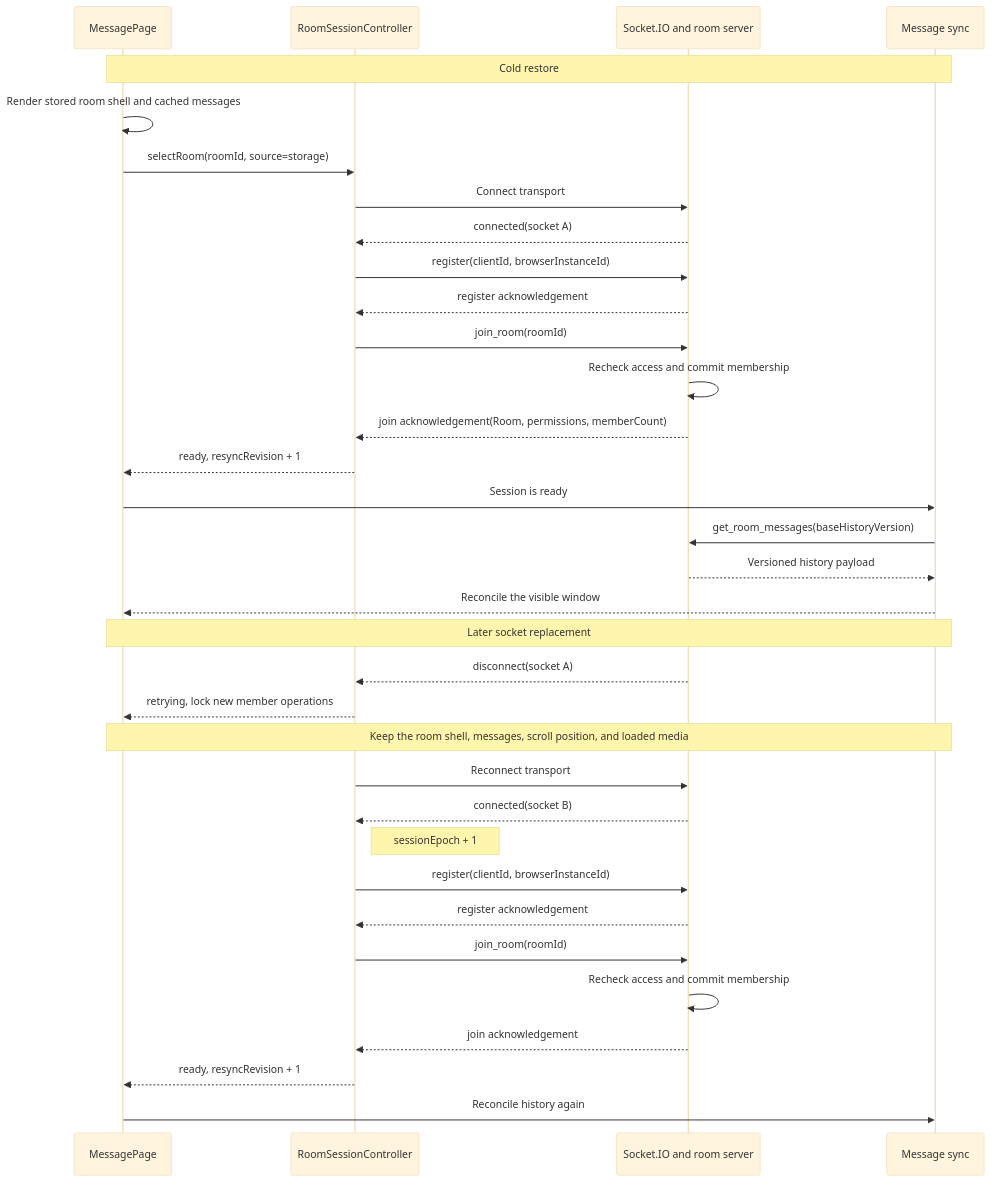
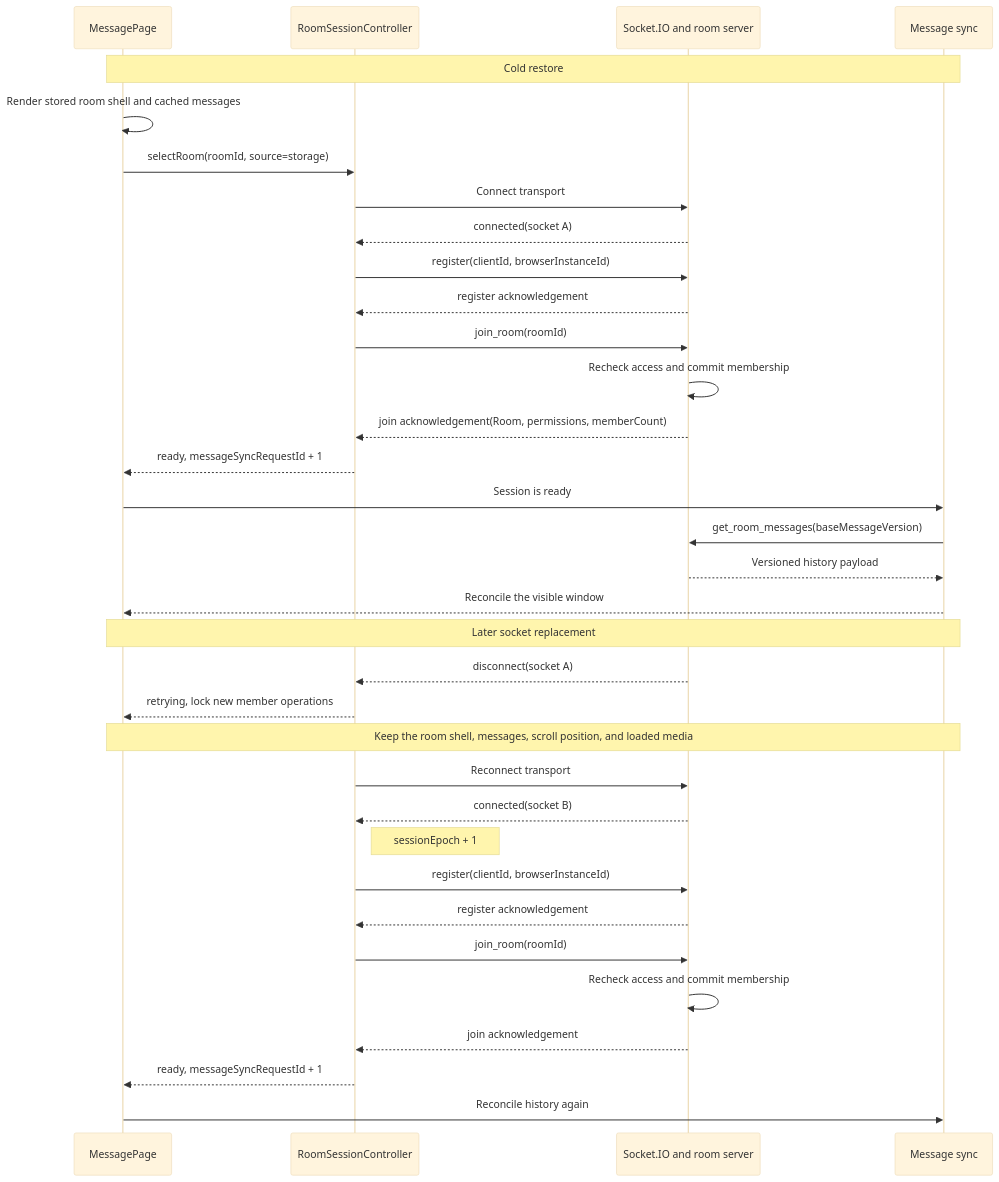
Before and after one commit to Skymore/roomtalk: the diagram in docs/room-reliability-architecture.md, drawn with Mermaid (base theme). The commit also changed other lines of this file and 26 other files, not shown here.

````diff
--- a/docs/room-reliability-architecture.md
+++ b/docs/room-reliability-architecture.md
@@ -97,38 +97,38 @@
 ```mermaid
 sequenceDiagram
     participant Page as MessagePage
     participant Session as RoomSessionController
     participant Server as Socket.IO and room server
     participant Messages as Message sync
 
     Note over Page,Messages: Cold restore
     Page->>Page: Render stored room shell and cached messages
     Page->>Session: selectRoom(roomId, source=storage)
     Session->>Server: Connect transport
     Server-->>Session: connected(socket A)
     Session->>Server: register(clientId, browserInstanceId)
     Server-->>Session: register acknowledgement
     Session->>Server: join_room(roomId)
     Server->>Server: Recheck access and commit membership
     Server-->>Session: join acknowledgement(Room, permissions, memberCount)
-    Session-->>Page: ready, resyncRevision + 1
+    Session-->>Page: ready, messageSyncRequestId + 1
     Page->>Messages: Session is ready
-    Messages->>Server: get_room_messages(baseHistoryVersion)
+    Messages->>Server: get_room_messages(baseMessageVersion)
     Server-->>Messages: Versioned history payload
     Messages-->>Page: Reconcile the visible window
 
     Note over Page,Messages: Later socket replacement
     Server-->>Session: disconnect(socket A)
     Session-->>Page: retrying, lock new member operations
     Note over Page,Messages: Keep the room shell, messages, scroll position, and loaded media
     Session->>Server: Reconnect transport
     Server-->>Session: connected(socket B)
     Note right of Session: sessionEpoch + 1
     Session->>Server: register(clientId, browserInstanceId)
     Server-->>Session: register acknowledgement
     Session->>Server: join_room(roomId)
     Server->>Server: Recheck access and commit membership
     Server-->>Session: join acknowledgement
-    Session-->>Page: ready, resyncRevision + 1
+    Session-->>Page: ready, messageSyncRequestId + 1
     Page->>Messages: Reconcile history again
 ```
````
